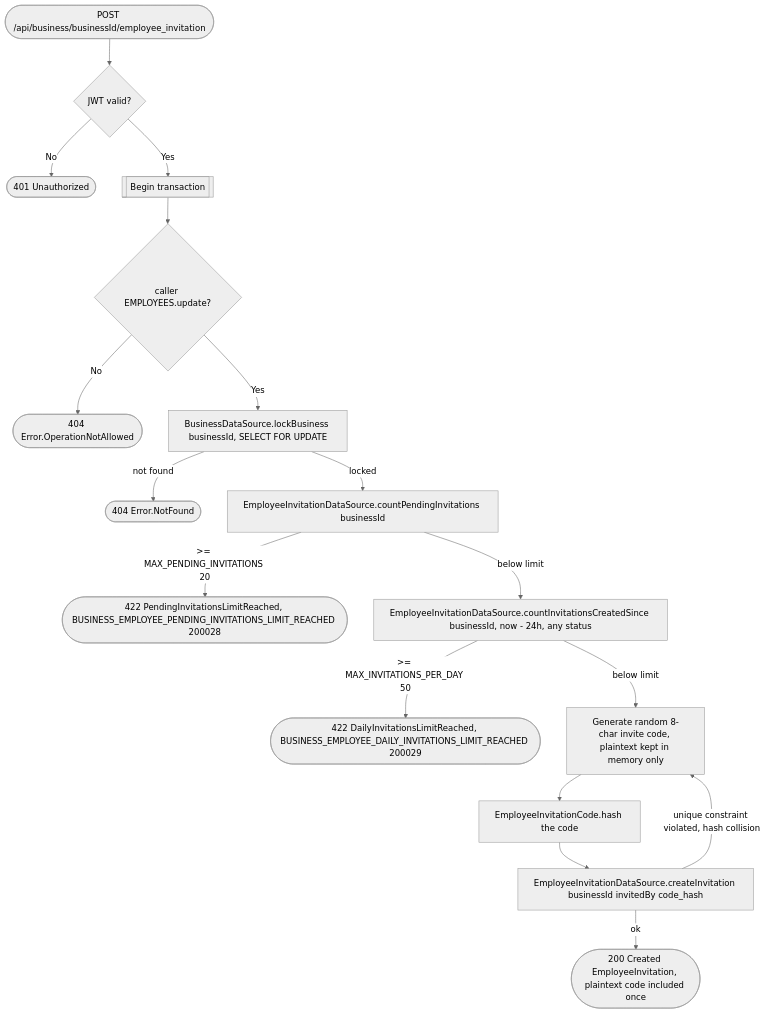
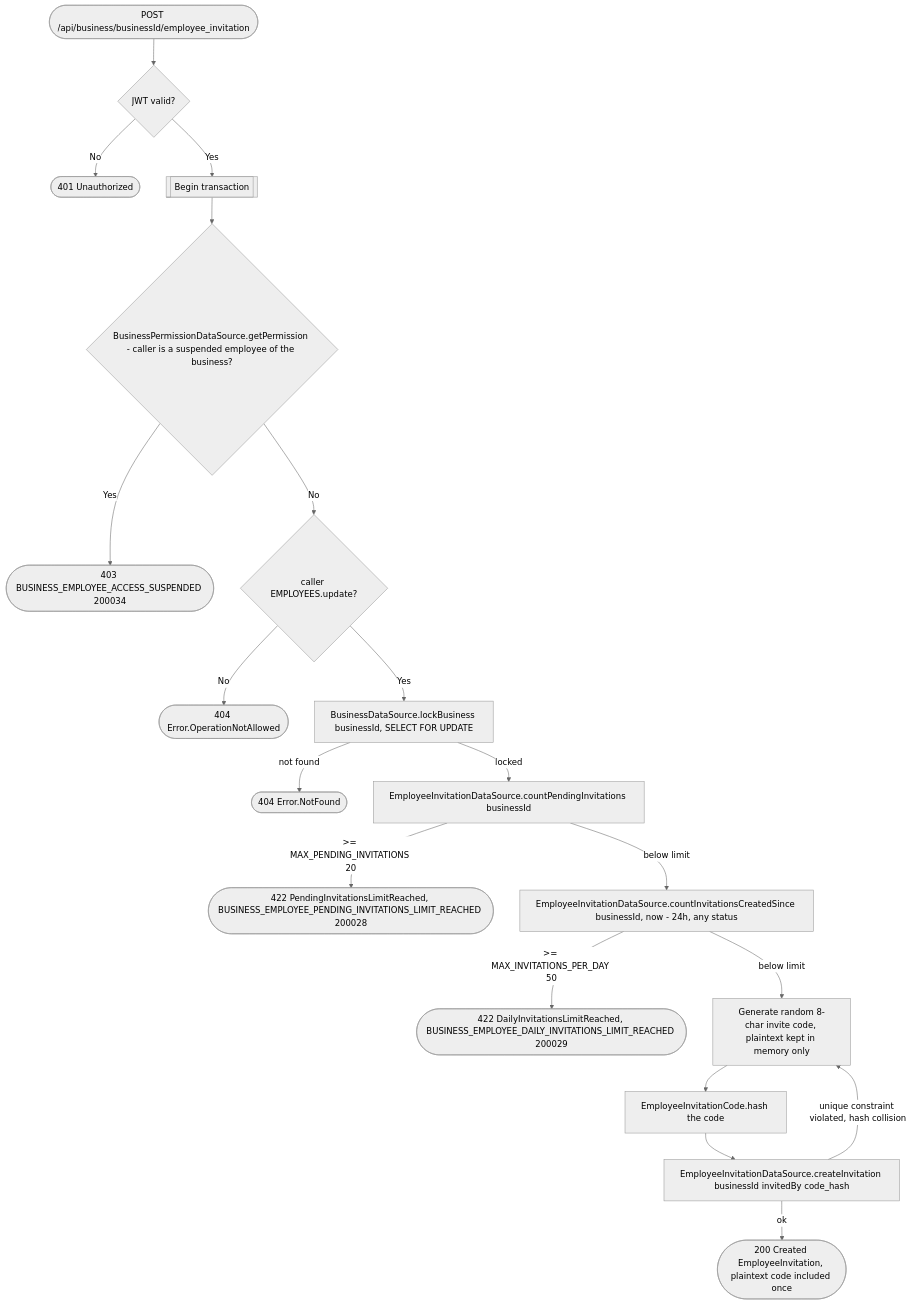
Before and after one commit to an22/bookk.me-backend: the diagram in docs/operations/business/create-employee-invitation.md, drawn with Mermaid (neutral theme). The commit also changed 65 other files, not shown here.

````diff
--- a/docs/operations/business/create-employee-invitation.md
+++ b/docs/operations/business/create-employee-invitation.md
@@ -57,19 +57,21 @@
 ```mermaid
 flowchart TD
     Start([POST /api/business/businessId/employee_invitation]) --> Auth{JWT valid?}
     Auth -- No --> R401([401 Unauthorized])
     Auth -- Yes --> Tx[[Begin transaction]]
-    Tx --> Perm{caller EMPLOYEES.update?}
+    Tx --> Suspended{BusinessPermissionDataSource.getPermission - caller is a suspended employee of the business?}
+    Suspended -- Yes --> R403s([403 BUSINESS_EMPLOYEE_ACCESS_SUSPENDED 200034])
+    Suspended -- No --> Perm{caller EMPLOYEES.update?}
     Perm -- No --> R404a([404 Error.OperationNotAllowed])
     Perm -- Yes --> LockBiz[BusinessDataSource.lockBusiness businessId, SELECT FOR UPDATE]
     LockBiz -- not found --> R404b([404 Error.NotFound])
     LockBiz -- locked --> Count[EmployeeInvitationDataSource.countPendingInvitations businessId]
     Count -- ">= MAX_PENDING_INVITATIONS 20" --> R422([422 PendingInvitationsLimitReached, BUSINESS_EMPLOYEE_PENDING_INVITATIONS_LIMIT_REACHED 200028])
     Count -- below limit --> CountToday[EmployeeInvitationDataSource.countInvitationsCreatedSince businessId, now - 24h, any status]
     CountToday -- ">= MAX_INVITATIONS_PER_DAY 50" --> R422b([422 DailyInvitationsLimitReached, BUSINESS_EMPLOYEE_DAILY_INVITATIONS_LIMIT_REACHED 200029])
     CountToday -- below limit --> GenCode[Generate random 8-char invite code, plaintext kept in memory only]
     GenCode --> HashCode[EmployeeInvitationCode.hash the code]
     HashCode --> CreateInvite[EmployeeInvitationDataSource.createInvitation businessId invitedBy code_hash]
     CreateInvite -- unique constraint violated, hash collision --> GenCode
     CreateInvite -- ok --> R200([200 Created EmployeeInvitation, plaintext code included once])
 ```
````
